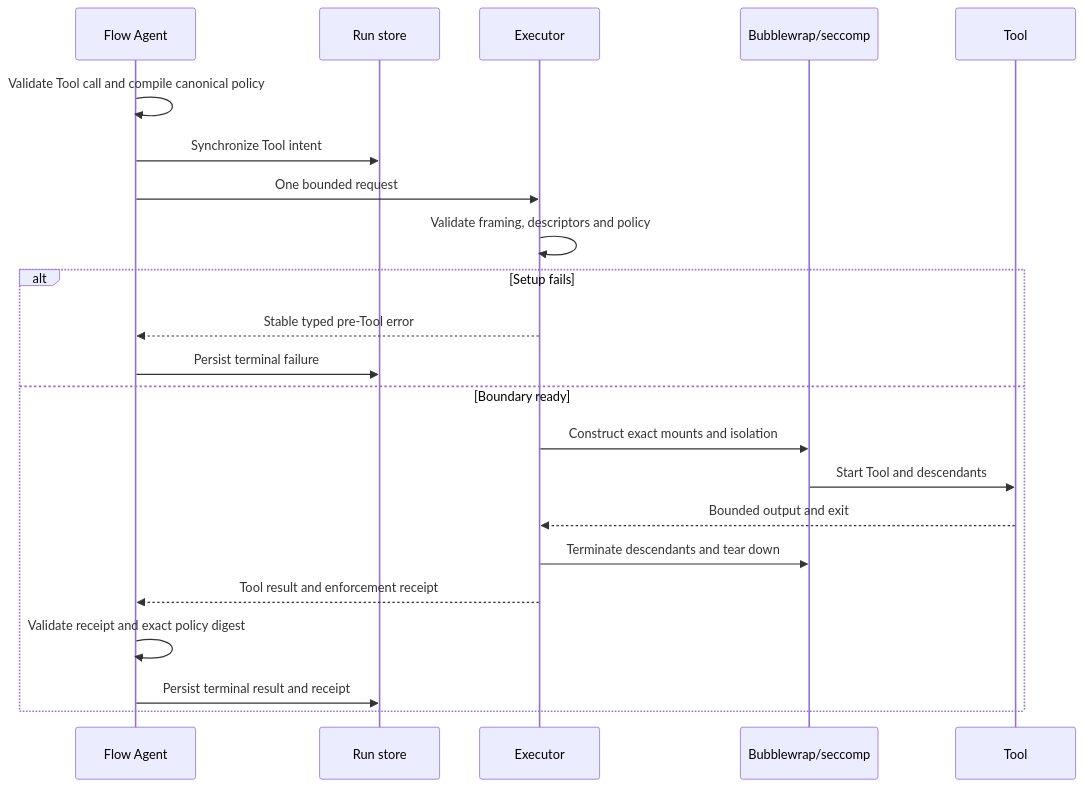
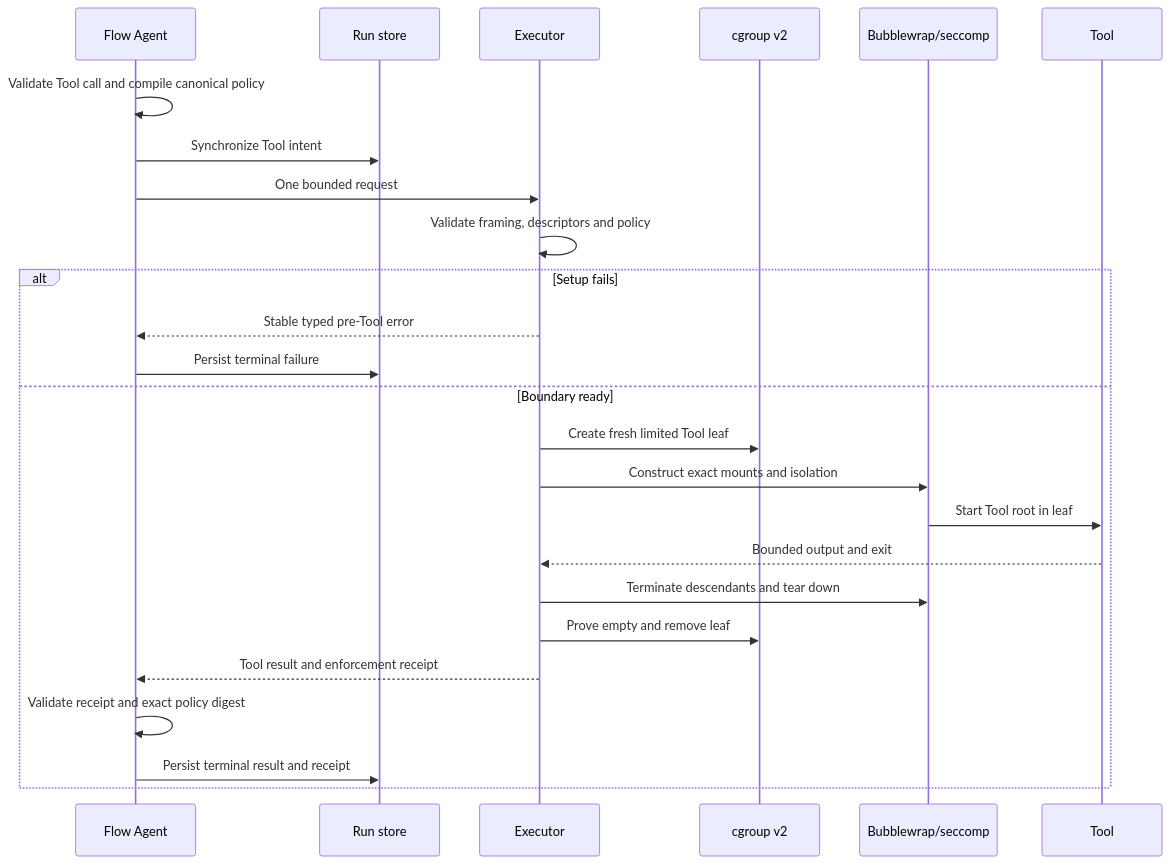
Before and after one commit to Open-Equilibrium/watershed: the third of 3 diagrams in docs/concept/flow-agent-executor-architecture.md, drawn with Mermaid. The commit also changed other lines of this file and 97 other files, not shown here.

````diff
--- a/docs/concept/flow-agent-executor-architecture.md
+++ b/docs/concept/flow-agent-executor-architecture.md
@@ -65,24 +65,27 @@
 ```mermaid
 sequenceDiagram
   participant F as Flow Agent
   participant S as Run store
   participant E as Executor
+  participant C as cgroup v2
   participant B as Bubblewrap/seccomp
   participant T as Tool
   F->>F: Validate Tool call and compile canonical policy
   F->>S: Synchronize Tool intent
   F->>E: One bounded request
   E->>E: Validate framing, descriptors and policy
   alt Setup fails
     E-->>F: Stable typed pre-Tool error
     F->>S: Persist terminal failure
   else Boundary ready
+    E->>C: Create fresh limited Tool leaf
     E->>B: Construct exact mounts and isolation
-    B->>T: Start Tool and descendants
+    B->>T: Start Tool root in leaf
     T-->>E: Bounded output and exit
     E->>B: Terminate descendants and tear down
+    E->>C: Prove empty and remove leaf
     E-->>F: Tool result and enforcement receipt
     F->>F: Validate receipt and exact policy digest
     F->>S: Persist terminal result and receipt
   end
 ```
````
